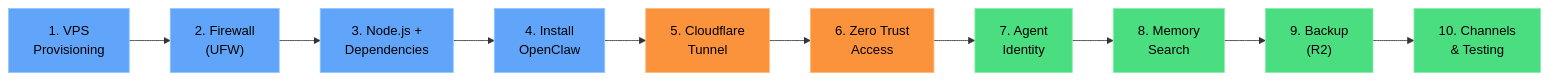
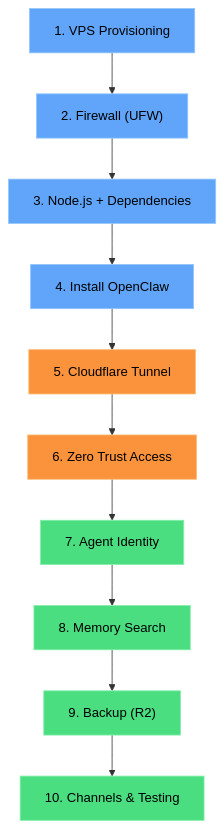
The diagram in docs/index.md (gaiar/openclaw-setup), drawn with Mermaid before and after one commit.

Commit message:
fix: switch deployment pipeline to top-down layout for readability
Use TD (top-down) instead of LR (left-right) and remove line
breaks from node labels so text renders at a readable size.

````diff
--- a/docs/index.md
+++ b/docs/index.md
@@ -53,23 +53,23 @@
 ```mermaid
-flowchart LR
-    A["1. VPS\nProvisioning"] --> B["2. Firewall\n(UFW)"]
-    B --> C["3. Node.js +\nDependencies"]
-    C --> D["4. Install\nOpenClaw"]
-    D --> E["5. Cloudflare\nTunnel"]
-    E --> F["6. Zero Trust\nAccess"]
-    F --> G["7. Agent\nIdentity"]
-    G --> H["8. Memory\nSearch"]
-    H --> I["9. Backup\n(R2)"]
-    I --> J["10. Channels\n& Testing"]
+flowchart TD
+    A["1. VPS Provisioning"] --> B["2. Firewall (UFW)"]
+    B --> C["3. Node.js + Dependencies"]
+    C --> D["4. Install OpenClaw"]
+    D --> E["5. Cloudflare Tunnel"]
+    E --> F["6. Zero Trust Access"]
+    F --> G["7. Agent Identity"]
+    G --> H["8. Memory Search"]
+    H --> I["9. Backup (R2)"]
+    I --> J["10. Channels & Testing"]
 
     style A fill:#60a5fa,stroke:#93c5fd,color:#000
     style B fill:#60a5fa,stroke:#93c5fd,color:#000
     style C fill:#60a5fa,stroke:#93c5fd,color:#000
     style D fill:#60a5fa,stroke:#93c5fd,color:#000
     style E fill:#fb923c,stroke:#fdba74,color:#000
     style F fill:#fb923c,stroke:#fdba74,color:#000
     style G fill:#4ade80,stroke:#86efac,color:#000
     style H fill:#4ade80,stroke:#86efac,color:#000
     style I fill:#4ade80,stroke:#86efac,color:#000
     style J fill:#4ade80,stroke:#86efac,color:#000
 ```
````
